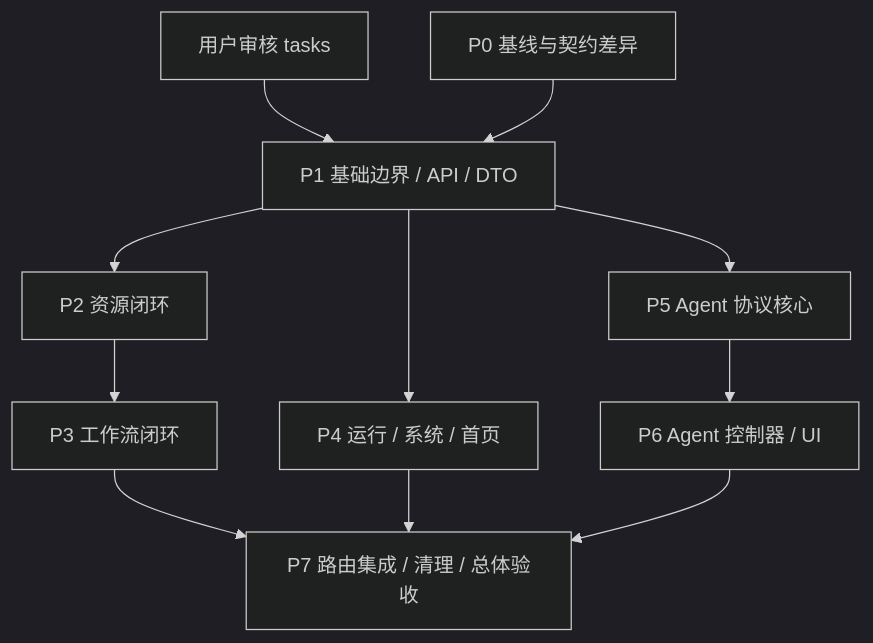
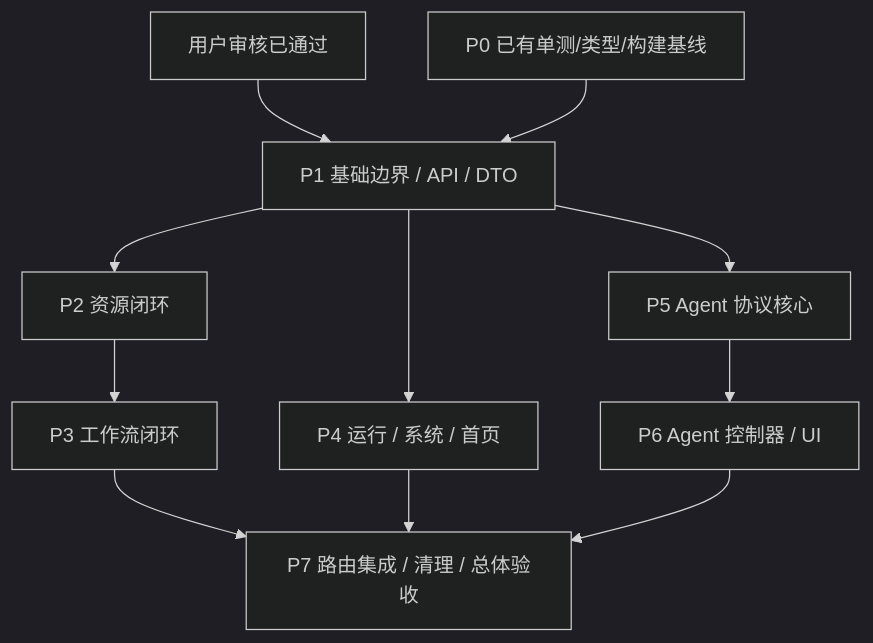
The diagram in openspec/changes/refactor-frontend-architecture/tasks.md (striiiiiing/WorkFLowWeave), drawn with Mermaid (dark theme) before and after one commit. The commit also changed other lines of this file and 9 other files, not shown here.

````diff
--- a/openspec/changes/refactor-frontend-architecture/tasks.md
+++ b/openspec/changes/refactor-frontend-architecture/tasks.md
@@ -23,13 +24,13 @@
 ```mermaid
 flowchart TD
-  Review[用户审核 tasks] --> P1
-  P0[P0 基线与契约差异] --> P1[P1 基础边界 / API / DTO]
+  Review[用户审核已通过] --> P1
+  P0[P0 已有单测/类型/构建基线] --> P1[P1 基础边界 / API / DTO]
   P1 --> P2[P2 资源闭环]
   P1 --> P4[P4 运行 / 系统 / 首页]
   P1 --> P5[P5 Agent 协议核心]
   P2 --> P3[P3 工作流闭环]
   P5 --> P6[P6 Agent 控制器 / UI]
   P3 --> P7[P7 路由集成 / 清理 / 总体验收]
   P4 --> P7
   P6 --> P7
 ```
````
